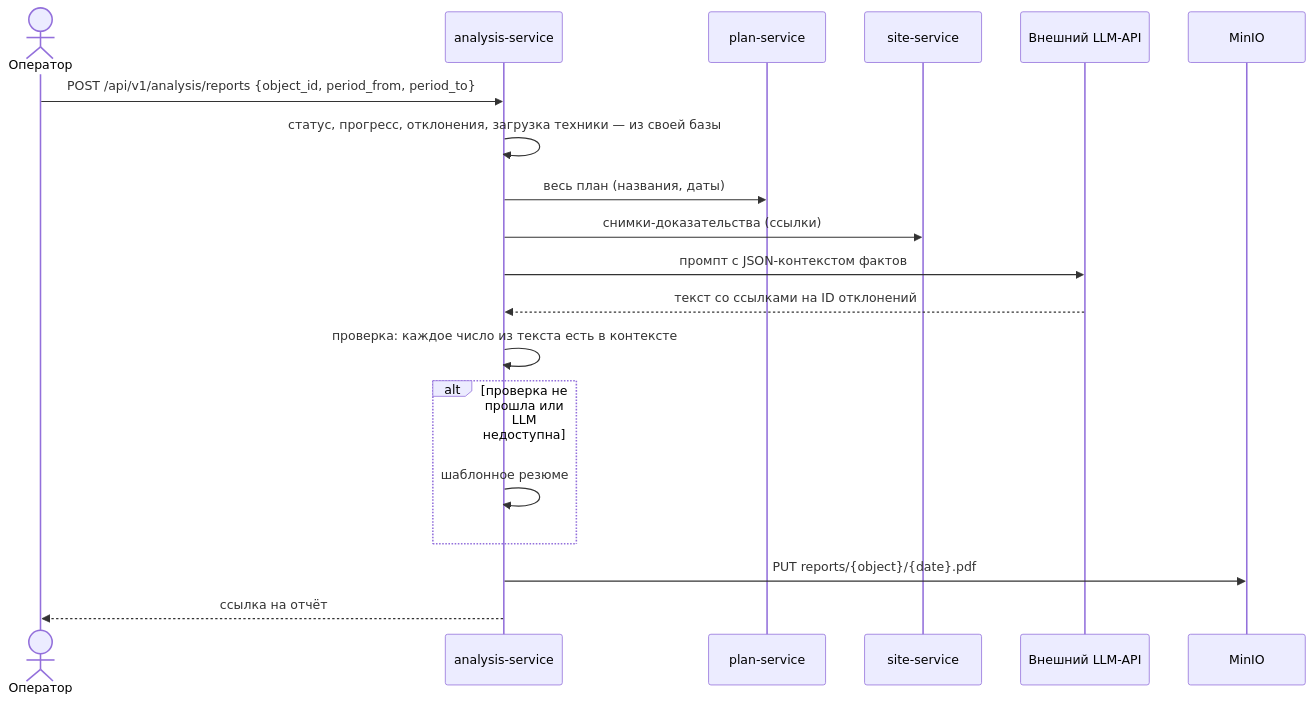
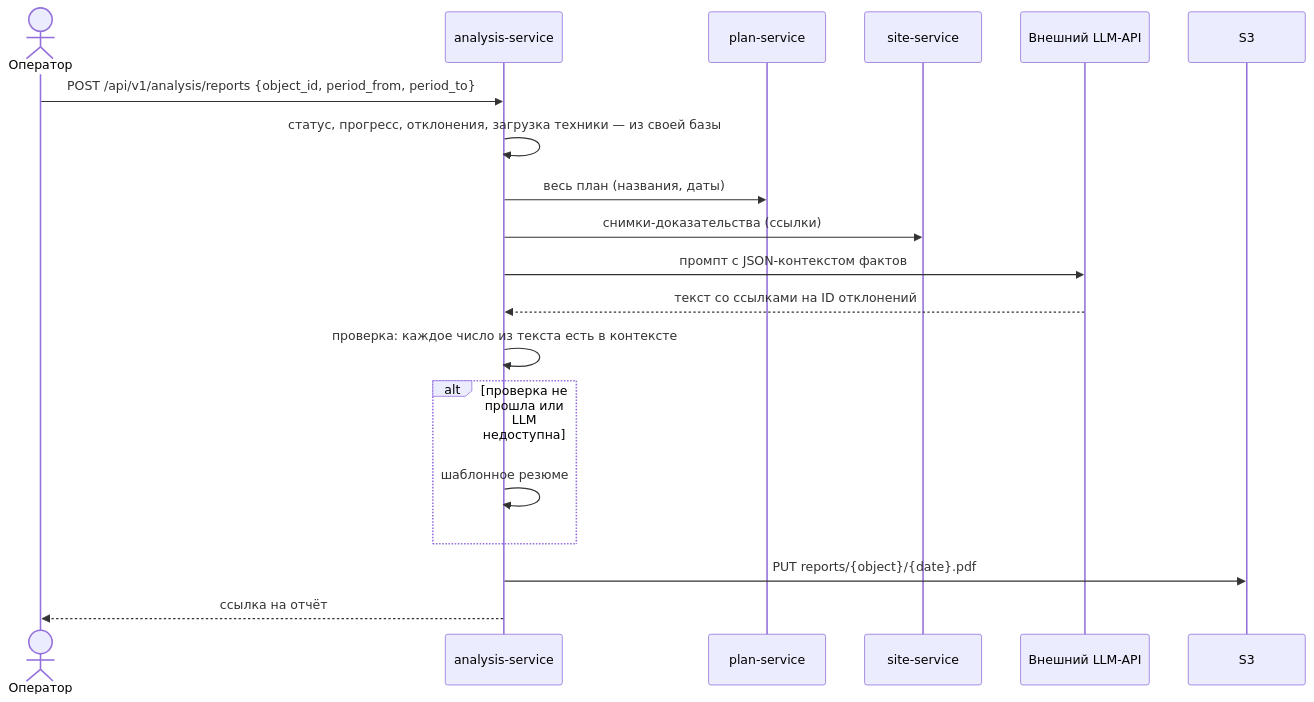
The fifth of 5 diagrams in docs/architecture.md (cerXXXX/ConstructionSupervision), drawn with Mermaid before and after one commit. The commit also changed other lines of this file and 38 other files, not shown here.

````diff
--- a/docs/architecture.md
+++ b/docs/architecture.md
@@ -213,22 +213,22 @@
 ```mermaid
 sequenceDiagram
     actor U as Оператор
     participant AN as analysis-service
     participant PL as plan-service
     participant ST as site-service
     participant LLM as Внешний LLM-API
-    participant S3 as MinIO
+    participant S3 as S3
 
     U->>AN: POST /api/v1/analysis/reports {object_id, period_from, period_to}
     AN->>AN: статус, прогресс, отклонения, загрузка техники — из своей базы
     AN->>PL: весь план (названия, даты)
     AN->>ST: снимки-доказательства (ссылки)
     AN->>LLM: промпт с JSON-контекстом фактов
     LLM-->>AN: текст со ссылками на ID отклонений
     AN->>AN: проверка: каждое число из текста есть в контексте
     alt проверка не прошла или LLM недоступна
         AN->>AN: шаблонное резюме
     end
     AN->>S3: PUT reports/{object}/{date}.pdf
     AN-->>U: ссылка на отчёт
 ```
````
